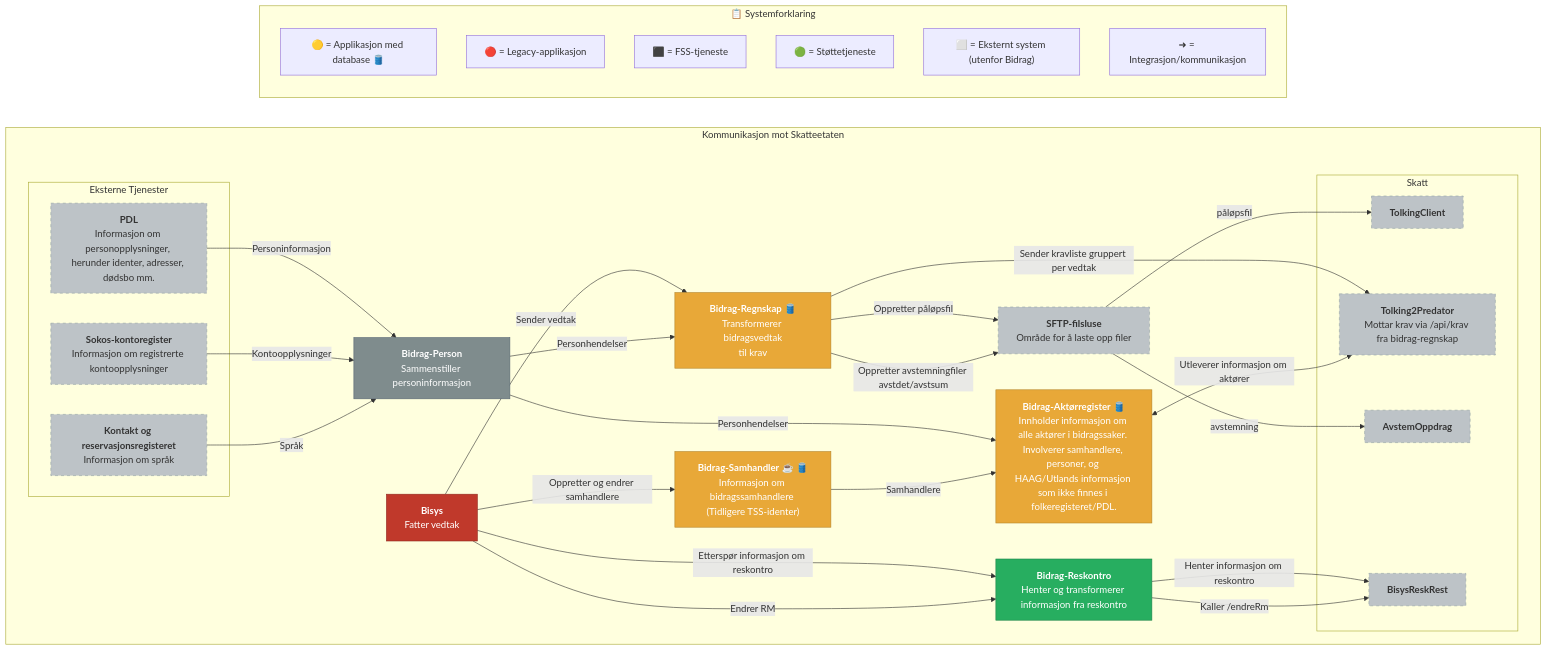
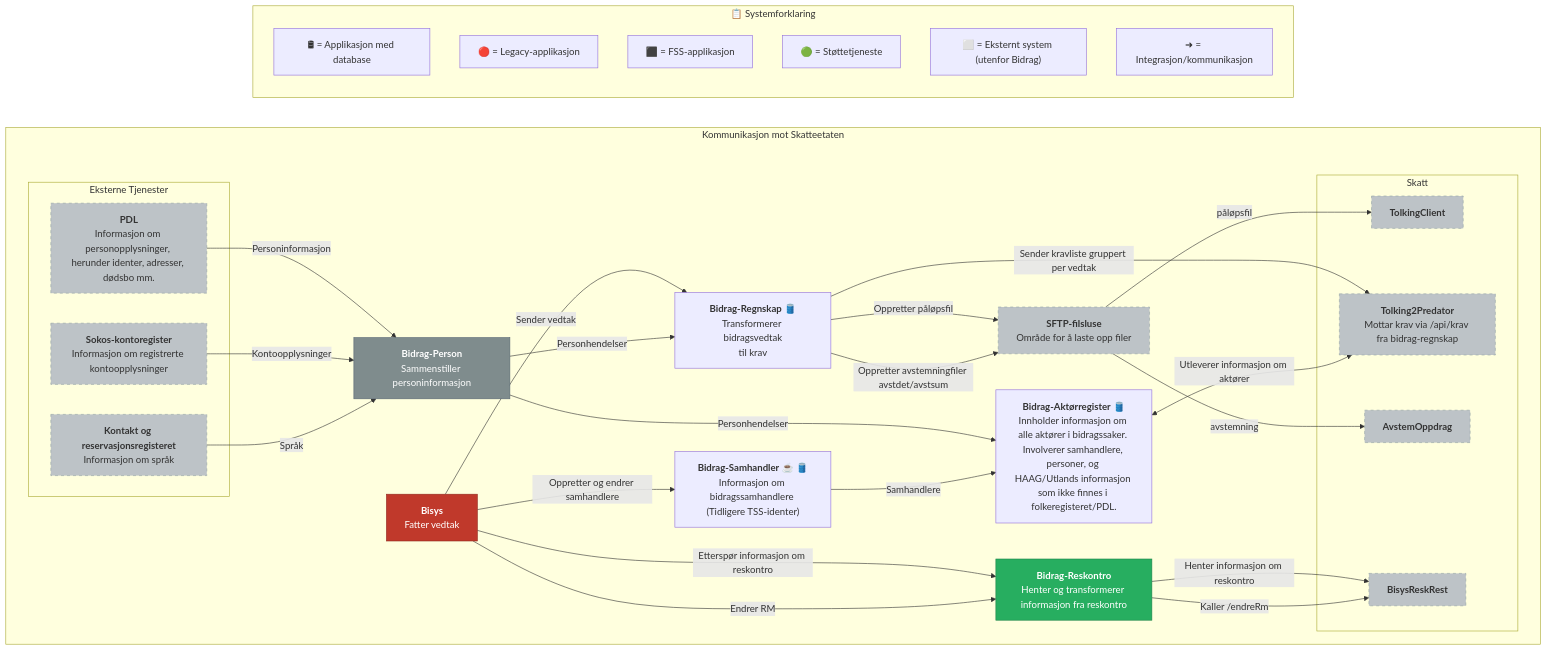
One commit to navikt/bidrag-dokumentasjon changed the diagram in dokumentasjon/systemdokumentasjon/kommunikasjon_mot_skatteetaten.mermaid. Above: the diagram before and after it, drawn with Mermaid. The commit also changed 5 other files, not shown here.

```diff
--- a/dokumentasjon/systemdokumentasjon/kommunikasjon_mot_skatteetaten.mermaid
+++ b/dokumentasjon/systemdokumentasjon/kommunikasjon_mot_skatteetaten.mermaid
@@ -1,87 +1,85 @@
 ---
 config:
   layout: fixed
 ---
 graph LR
 
     classDef frontend fill:#4A90D9,color:#fff,stroke:#2c6fad
     classDef legacyFSS fill:#7F8C8D,color:#fff,stroke:#566573
-    classDef withDb fill:#E8A838,color:#fff,stroke:#b5852a
     classDef legacyApp fill:#C0392B,color:#fff,stroke:#922b21
     classDef utility fill:#27AE60,color:#fff,stroke:#1e8449
     classDef external fill:#BDC3C7,color:#333,stroke:#95A5A6,stroke-dasharray: 5 5
 
     subgraph Kommunikasjon["Kommunikasjon mot Skatteetaten"]
         direction LR
 
         Bisys["<b>Bisys</b><br/>Fatter vedtak"]
         BidragRegnskap["<b>Bidrag-Regnskap</b> 🛢️<br/>Transformerer bidragsvedtak<br/>til krav"]
         BidragReskontro["<b>Bidrag-Reskontro</b><br/>Henter og transformerer informasjon fra reskontro"]
         BidragAktoerregister["<b>Bidrag-Aktørregister</b> 🛢️<br/>Innholder informasjon om alle aktører i bidragssaker. Involverer samhandlere, personer, og HAAG/Utlands informasjon som ikke finnes i folkeregisteret/PDL."]
         BidragPerson["<b>Bidrag-Person</b><br/>Sammenstiller personinformasjon"]
         BidragSamhandler["<b>Bidrag-Samhandler</b> ☕ 🛢️<br/>Informasjon om bidragssamhandlere (Tidligere TSS-identer)"]
 
         subgraph Skatt
             BisysReskRest["<b>BisysReskRest</b>"]
             AvstemOppdrag["<b>AvstemOppdrag</b>"]
             TolkingClient["<b>TolkingClient</b>"]
             Tolking2Predator["<b>Tolking2Predator</b><br/>Mottar krav via /api/krav fra bidrag-regnskap"]
         end
 
         SFTPFilsluse["<b>SFTP-filsluse</b><br/>Område for å laste opp filer"]
 
         subgraph Eksterne Tjenester
             KKR["<b>Kontakt og reservasjonsregisteret</b><br/>Informasjon om språk"]
             SokosKontoregister["<b>Sokos-kontoregister</b><br/>Informasjon om registrerte kontoopplysninger"]
             PDL["<b>PDL</b><br/>Informasjon om personopplysninger, herunder identer, adresser, dødsbo mm."]
         end
     end
 
 
     Bisys -->|Sender vedtak| BidragRegnskap
 
     SFTPFilsluse -->|påløpsfil| TolkingClient
     BidragRegnskap -->|Sender kravliste gruppert per vedtak| Tolking2Predator
     BidragRegnskap -->|Oppretter påløpsfil| SFTPFilsluse
     BidragRegnskap -->|Oppretter avstemningfiler avstdet/avstsum| SFTPFilsluse
     SFTPFilsluse -->|avstemning| AvstemOppdrag
 
 
     BidragReskontro -->| Henter informasjon om reskontro | BisysReskRest
     Bisys --> | Etterspør informasjon om reskontro | BidragReskontro
     BidragReskontro -->| Kaller /endreRm | BisysReskRest
     Bisys --> | Endrer RM | BidragReskontro
 
 
     BidragAktoerregister <--> | Utleverer informasjon om aktører | Tolking2Predator
     BidragPerson --> | Personhendelser | BidragAktoerregister
     BidragPerson --> | Personhendelser | BidragRegnskap
     PDL --> | Personinformasjon| BidragPerson
     SokosKontoregister --> | Kontoopplysninger | BidragPerson
     KKR --> | Språk | BidragPerson
 
     Bisys --> | Oppretter og endrer samhandlere | BidragSamhandler
     BidragSamhandler --> | Samhandlere | BidragAktoerregister
 
     click BidragSamhandler visApplikasjon "Åpne applikasjonsbeskrivelse"
     click Bisys visApplikasjon "Åpne applikasjonsbeskrivelse"
     click BidragPerson visApplikasjon "Åpne applikasjonsbeskrivelse"
     click BidragAktoerregister visApplikasjon "Åpne applikasjonsbeskrivelse"
     click BidragReskontro visApplikasjon "Åpne applikasjonsbeskrivelse"
     click BidragRegnskap visApplikasjon "Åpne applikasjonsbeskrivelse"
 
     %% Color assignments
     class Bisys legacyApp
-    class BidragRegnskap,BidragAktoerregister,BidragSamhandler withDb
     class BidragPerson legacyFSS
     class BidragReskontro utility
     class BisysReskRest,AvstemOppdrag,TolkingClient,Tolking2Predator,SFTPFilsluse,KKR,SokosKontoregister,PDL external
 
     subgraph Legend["📋 Systemforklaring"]
-        LegendDb["🟡 = Applikasjon med database 🛢️"]
+        LegendDb["🛢 = Applikasjon med database"]
         LegendLegacy["🔴 = Legacy-applikasjon"]
-        LegendFSS["⬛ = FSS-tjeneste"]
+        LegendFSS["⬛ = FSS-applikasjon"]
         LegendUtility["🟢 = Støttetjeneste"]
         LegendExternal["⬜ = Eksternt system (utenfor Bidrag)"]
         LegendArrows["➜ = Integrasjon/kommunikasjon"]
     end
```
